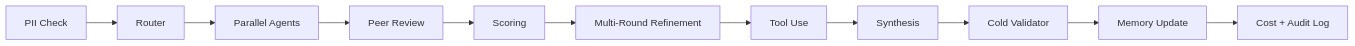
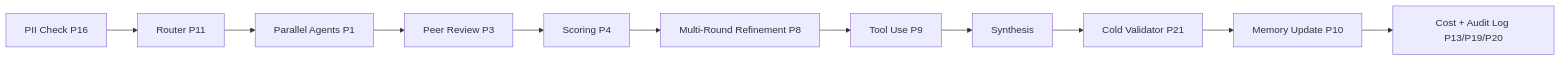
Before and after one commit to Yash-Awasthi/Judica: the diagram in ROADMAP.md, drawn with Mermaid. The commit also changed other lines of this file and 1 other file, not shown here.

Commit message:
docs: fix Mermaid diagram rendering and refine roadmap phases

````diff
--- a/ROADMAP.md
+++ b/ROADMAP.md
@@ -17,13 +19,13 @@
 ```mermaid
 flowchart LR
-    A[PII Check] --> B[Router]
-    B --> C[Parallel Agents]
-    C --> D[Peer Review]
-    D --> E[Scoring]
-    E --> F[Multi-Round Refinement]
-    F --> G[Tool Use]
+    A[PII Check P16] --> B[Router P11]
+    B --> C[Parallel Agents P1]
+    C --> D[Peer Review P3]
+    D --> E[Scoring P4]
+    E --> F[Multi-Round Refinement P8]
+    F --> G[Tool Use P9]
     G --> H[Synthesis]
-    H --> I[Cold Validator]
-    I --> J[Memory Update]
-    J --> K[Cost + Audit Log]
+    H --> I[Cold Validator P21]
+    I --> J[Memory Update P10]
+    J --> K[Cost + Audit Log P13/P19/P20]
 ```
````
